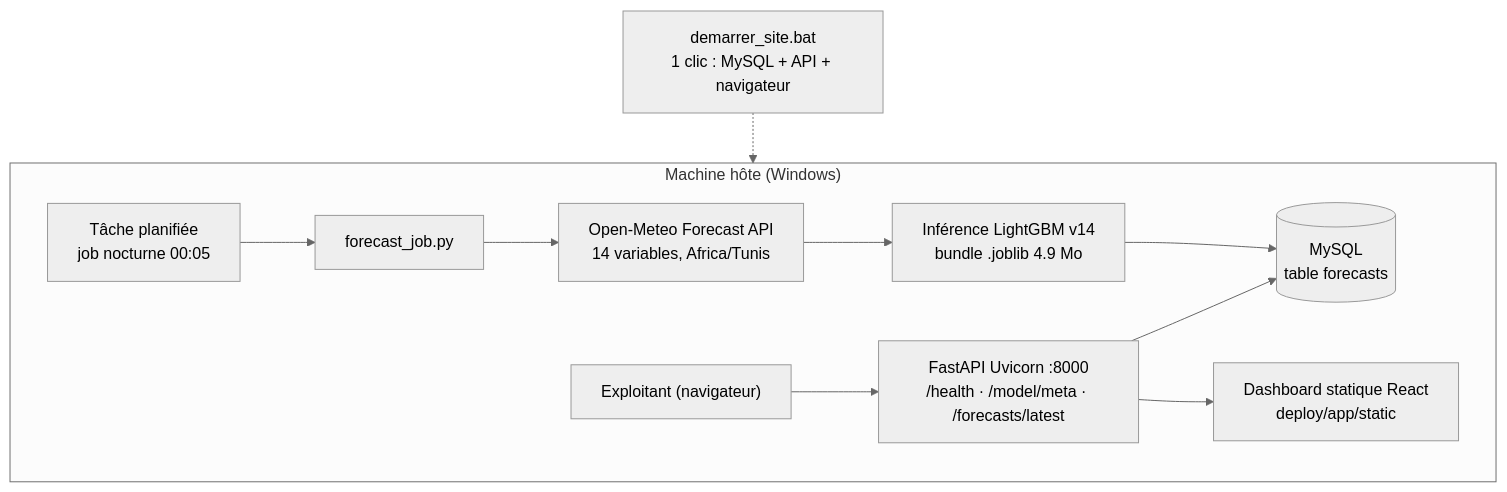
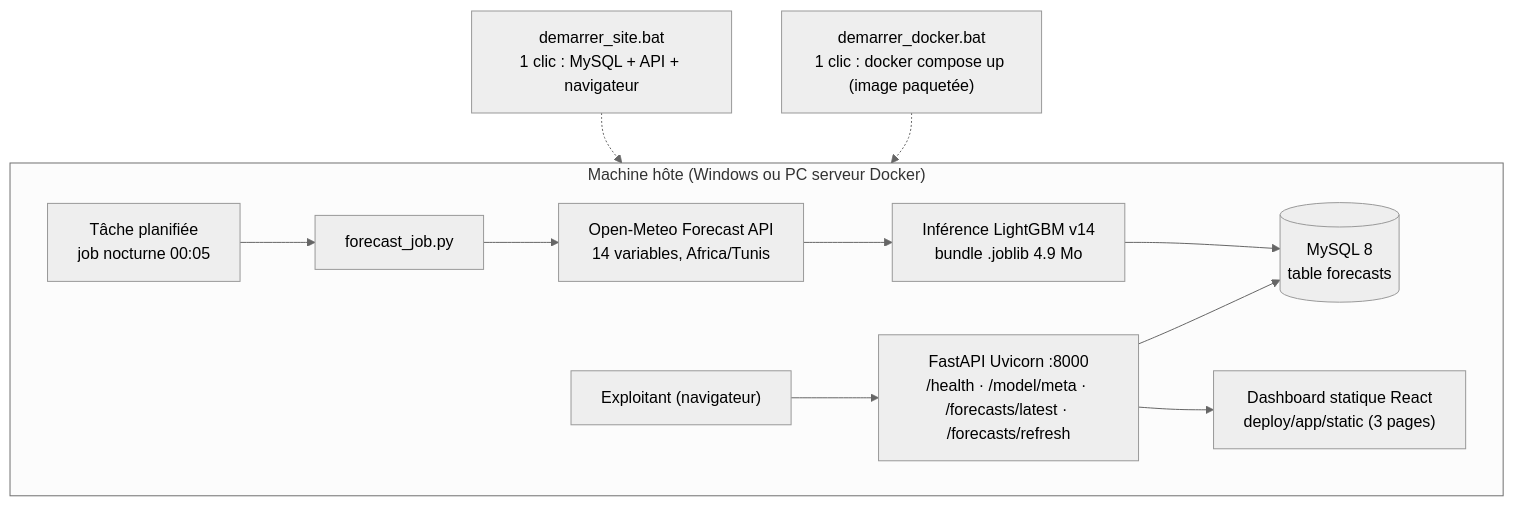
The third of 3 diagrams in README.md (Mohamed-Ali-Jabri/heliocast-ai), drawn with Mermaid (neutral theme) before and after one commit. The commit also changed other lines of this file and 1 other file, not shown here.

````diff
--- a/README.md
+++ b/README.md
@@ -407,13 +407,14 @@
 ```mermaid
 flowchart TB
-    subgraph HOTE["Machine hôte (Windows)"]
+    subgraph HOTE["Machine hôte (Windows ou PC serveur Docker)"]
         SCH["Tâche planifiée<br/>job nocturne 00:05"] --> JOB["forecast_job.py"]
         JOB --> OM["Open-Meteo Forecast API<br/>14 variables, Africa/Tunis"]
         OM --> EXP["Inférence LightGBM v14<br/>bundle .joblib 4.9 Mo"]
-        EXP --> DB[("MySQL<br/>table forecasts")]
-        API["FastAPI Uvicorn :8000<br/>/health · /model/meta · /forecasts/latest"] --> DB
-        API --> STAT["Dashboard statique React<br/>deploy/app/static"]
+        EXP --> DB[("MySQL 8<br/>table forecasts")]
+        API["FastAPI Uvicorn :8000<br/>/health · /model/meta · /forecasts/latest · /forecasts/refresh"] --> DB
+        API --> STAT["Dashboard statique React<br/>deploy/app/static (3 pages)"]
         NAV["Exploitant (navigateur)"] --> API
     end
     DEM["demarrer_site.bat<br/>1 clic : MySQL + API + navigateur"] -.-> HOTE
+    DKR["demarrer_docker.bat<br/>1 clic : docker compose up (image paquetée)"] -.-> HOTE
 ```
````
